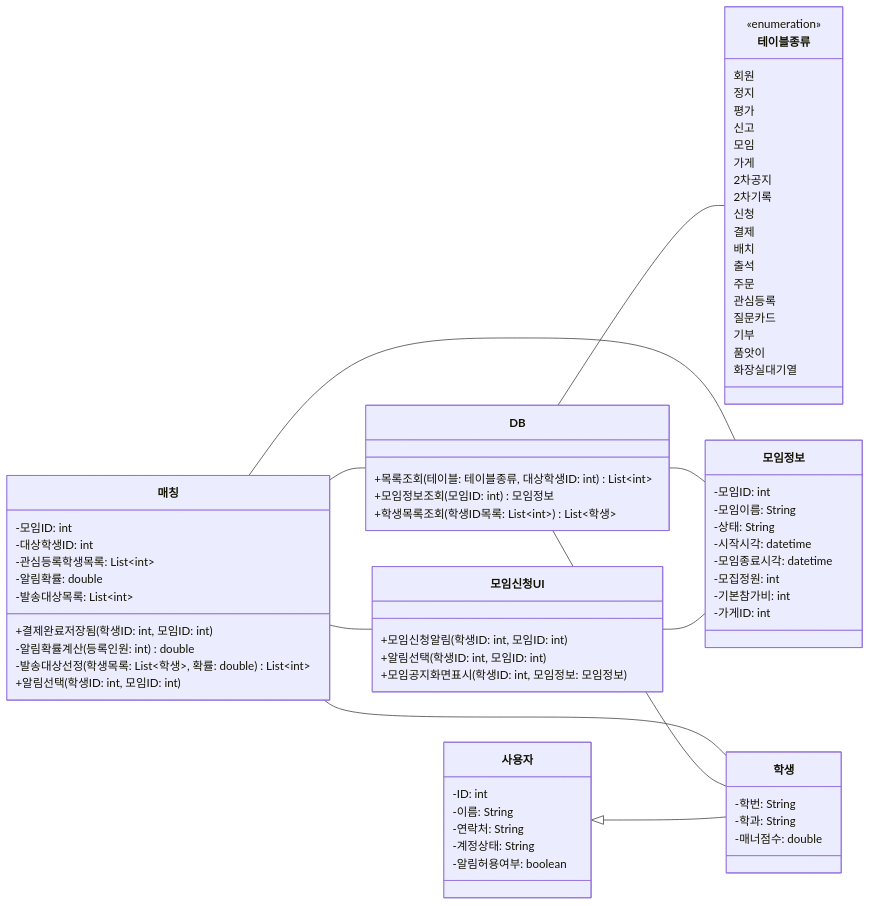
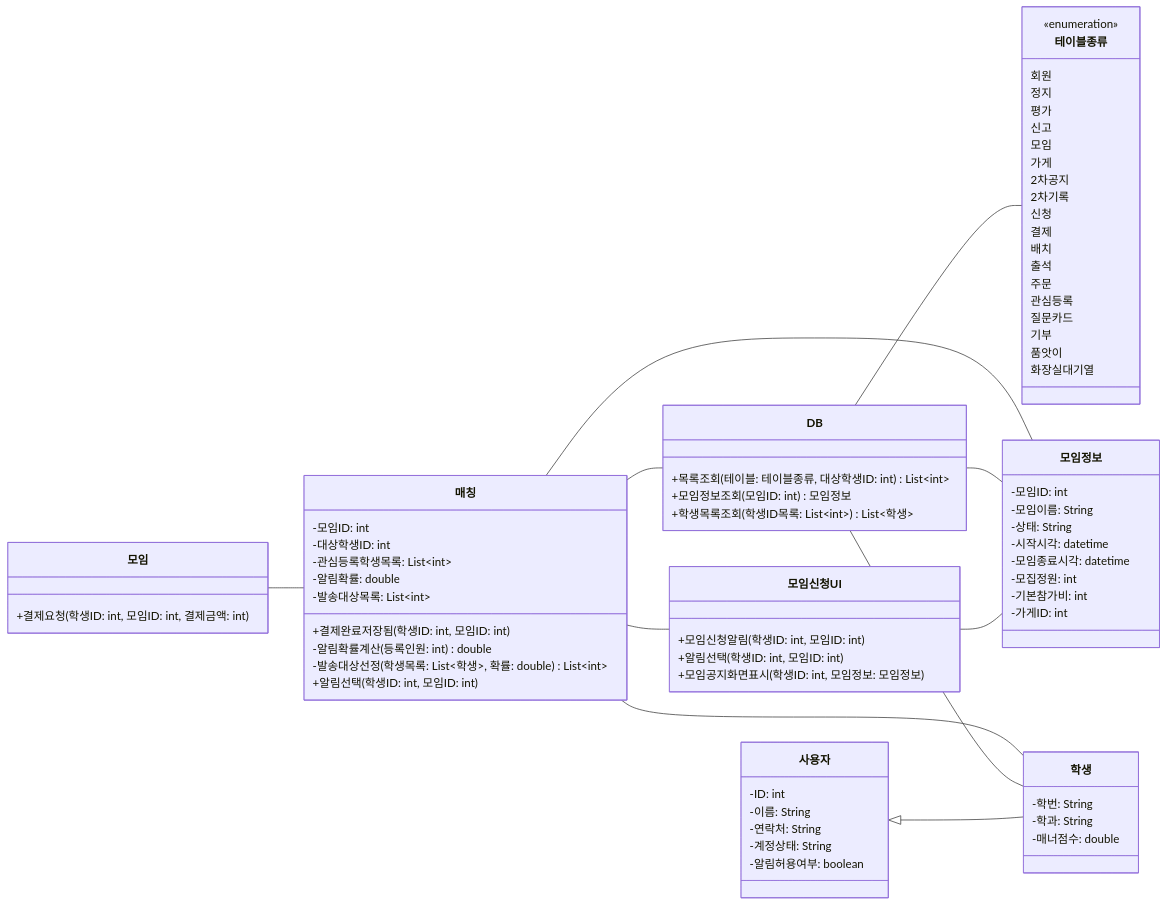
One commit to hojae3/sw-engineering-16 changed the second of 2 diagrams in class-diagram/present-03.md. Above: the diagram before and after it, drawn with Mermaid. The commit also changed other lines of this file, not shown here.

```diff
--- a/class-diagram/present-03.md
+++ b/class-diagram/present-03.md
@@ -94,6 +68,9 @@
 ---
 classDiagram
     direction LR
+    class O["모임"] {
+        +결제요청(학생ID: int, 모임ID: int, 결제금액: int)
+    }
     class M["매칭"] {
         -모임ID: int
         -대상학생ID: int
@@ -158,6 +135,7 @@
         -학과: String
         -매너점수: double
     }
+    O -- M
     M -- D
     M -- U
     M -- G
```
